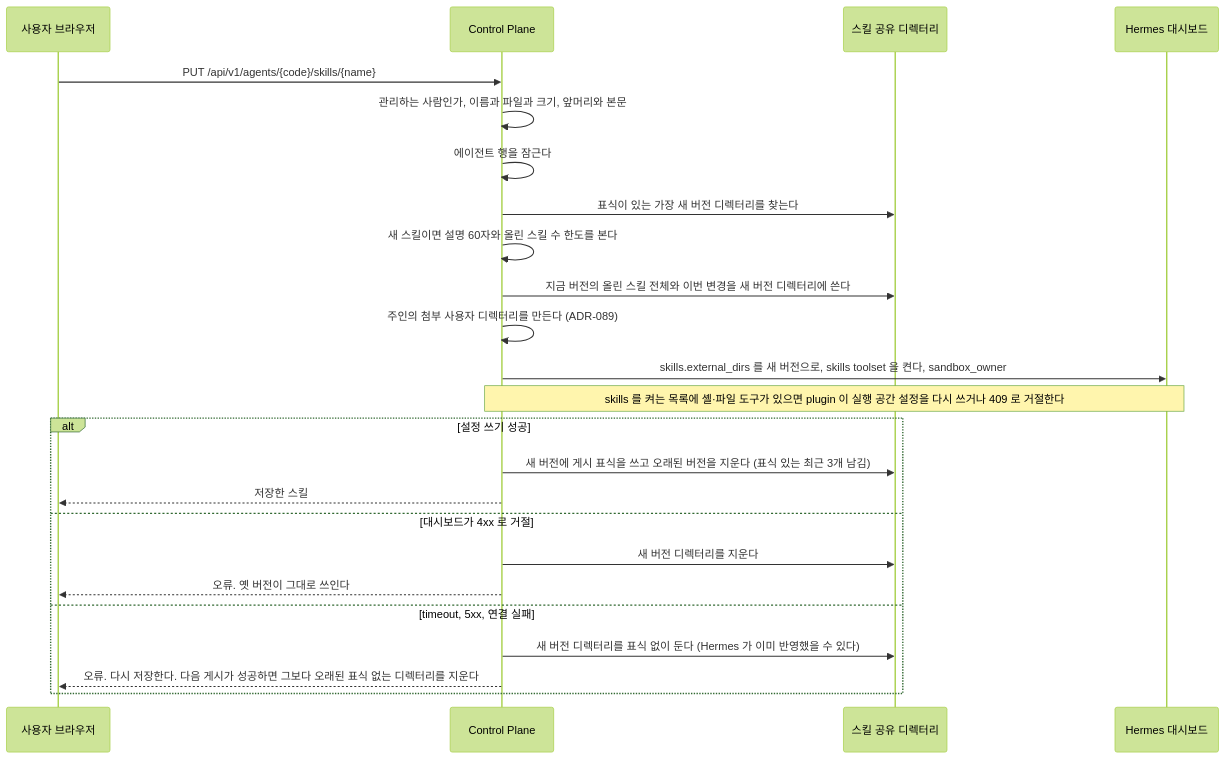
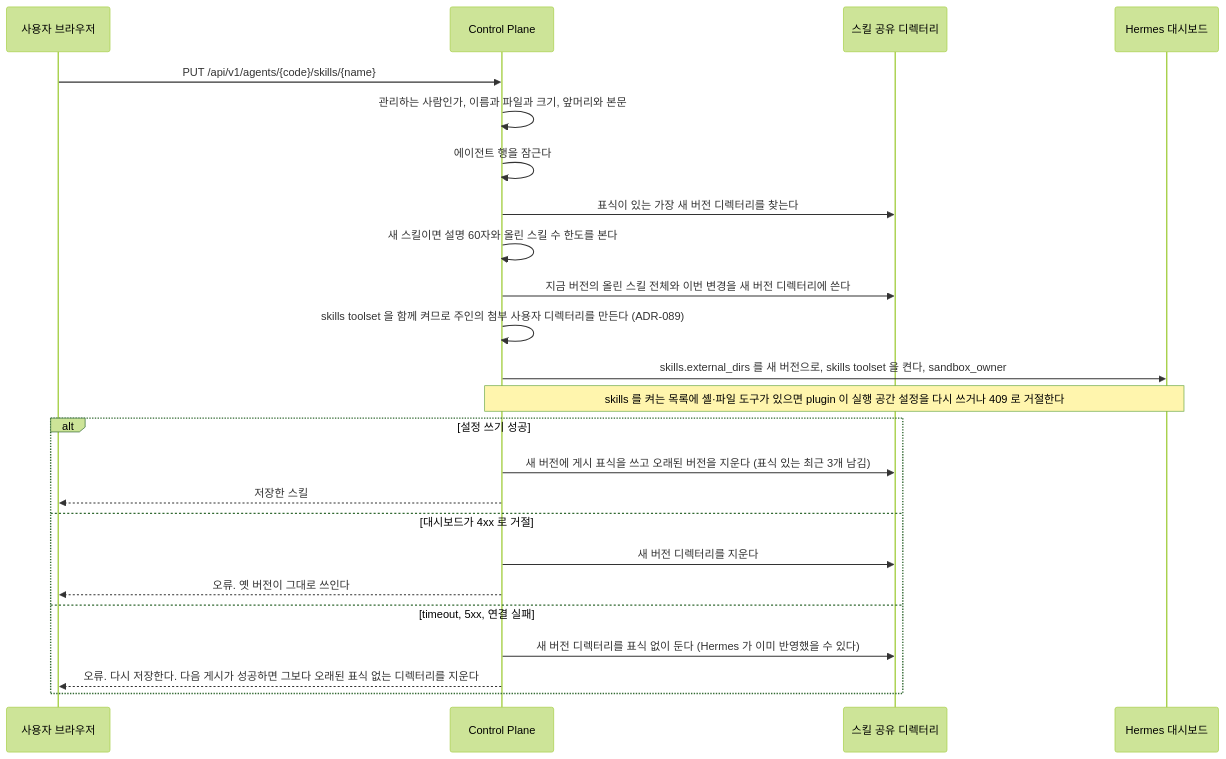
One commit to jon890/fos-assistant changed the first of 2 diagrams in docs/backend/skill.md. Above: the diagram before and after it, drawn with Mermaid (forest theme). The commit also changed 1 other file, not shown here.

Commit message:
docs(docs): 첨부 디렉터리를 만드는 조건을 스킬 순서도와 자체 설치 문서에 맞춘다

````diff
--- a/docs/backend/skill.md
+++ b/docs/backend/skill.md
@@ -98,27 +98,27 @@
 ```mermaid
 sequenceDiagram
     participant U as 사용자 브라우저
     participant C as Control Plane
     participant F as 스킬 공유 디렉터리
     participant D as Hermes 대시보드
 
     U->>C: PUT /api/v1/agents/{code}/skills/{name}
     C->>C: 관리하는 사람인가, 이름과 파일과 크기, 앞머리와 본문
     C->>C: 에이전트 행을 잠근다
     C->>F: 표식이 있는 가장 새 버전 디렉터리를 찾는다
     C->>C: 새 스킬이면 설명 60자와 올린 스킬 수 한도를 본다
     C->>F: 지금 버전의 올린 스킬 전체와 이번 변경을 새 버전 디렉터리에 쓴다
-    C->>C: 주인의 첨부 사용자 디렉터리를 만든다 (ADR-089)
+    C->>C: skills toolset 을 함께 켜므로 주인의 첨부 사용자 디렉터리를 만든다 (ADR-089)
     C->>D: skills.external_dirs 를 새 버전으로, skills toolset 을 켠다, sandbox_owner
     Note over C,D: skills 를 켜는 목록에 셸·파일 도구가 있으면 plugin 이 실행 공간 설정을 다시 쓰거나 409 로 거절한다
     alt 설정 쓰기 성공
         C->>F: 새 버전에 게시 표식을 쓰고 오래된 버전을 지운다 (표식 있는 최근 3개 남김)
         C-->>U: 저장한 스킬
     else 대시보드가 4xx 로 거절
         C->>F: 새 버전 디렉터리를 지운다
         C-->>U: 오류. 옛 버전이 그대로 쓰인다
     else timeout, 5xx, 연결 실패
         C->>F: 새 버전 디렉터리를 표식 없이 둔다 (Hermes 가 이미 반영했을 수 있다)
         C-->>U: 오류. 다시 저장한다. 다음 게시가 성공하면 그보다 오래된 표식 없는 디렉터리를 지운다
     end
 ```
````
